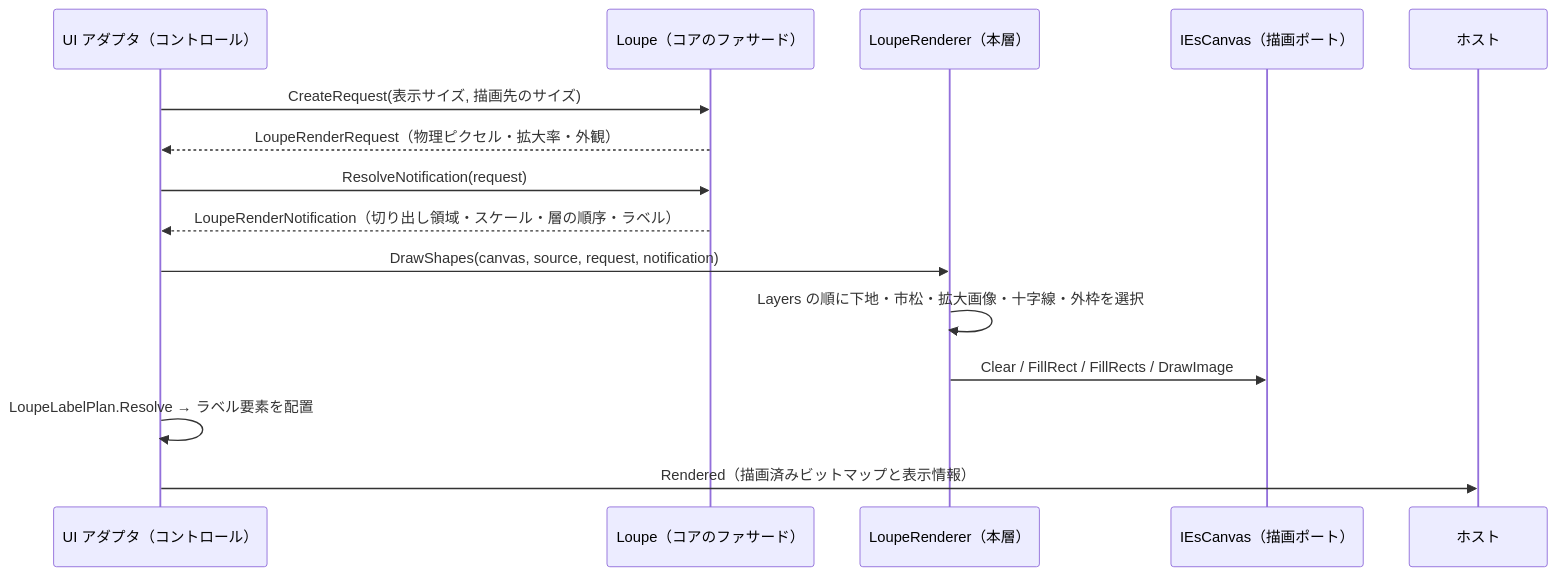
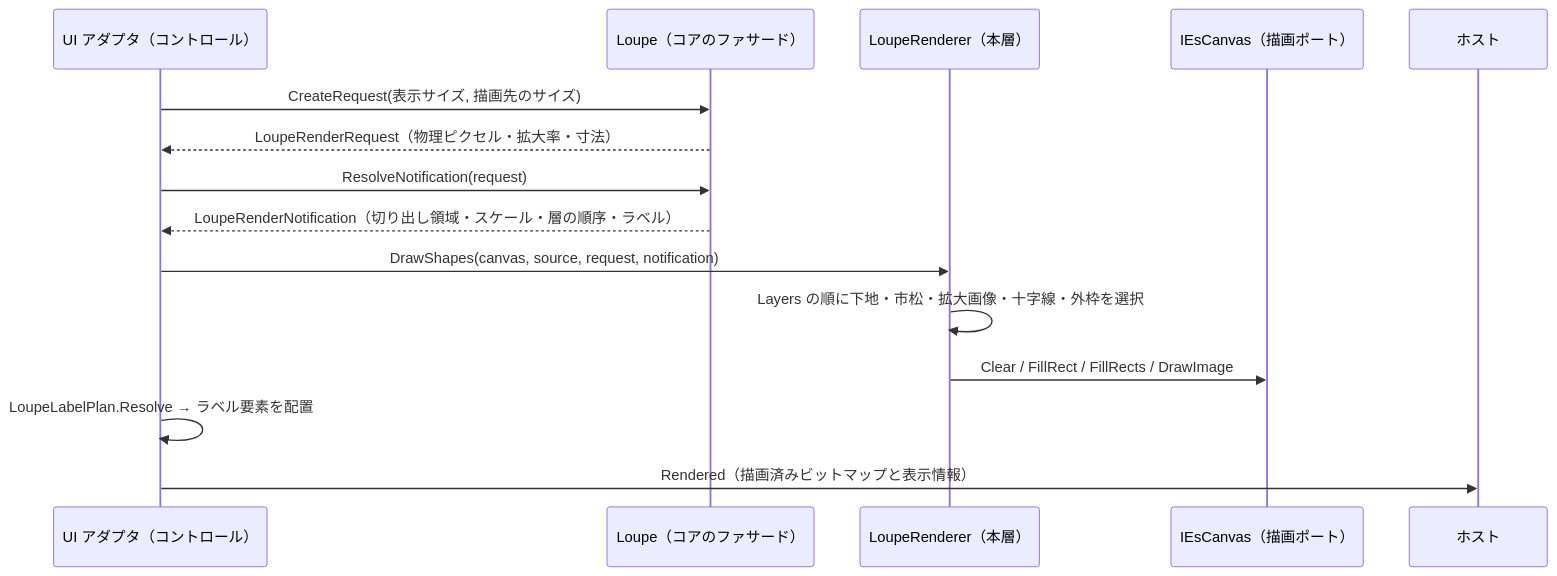
The first of 3 diagrams in src/LoupeControl.UIBase/SPEC_System.md (tomokuni/SaveEvidence), drawn with Mermaid before and after one commit. The commit also changed other lines of this file and 95 other files, not shown here.

````diff
--- a/src/LoupeControl.UIBase/SPEC_System.md
+++ b/src/LoupeControl.UIBase/SPEC_System.md
@@ -53,18 +53,18 @@
 ```mermaid
 sequenceDiagram
     participant UI as UI アダプタ（コントロール）
     participant L as Loupe（コアのファサード）
     participant R as LoupeRenderer（本層）
     participant C as IEsCanvas（描画ポート）
     participant H as ホスト
 
     UI->>L: CreateRequest(表示サイズ, 描画先のサイズ)
-    L-->>UI: LoupeRenderRequest（物理ピクセル・拡大率・外観）
+    L-->>UI: LoupeRenderRequest（物理ピクセル・拡大率・寸法）
     UI->>L: ResolveNotification(request)
     L-->>UI: LoupeRenderNotification（切り出し領域・スケール・層の順序・ラベル）
     UI->>R: DrawShapes(canvas, source, request, notification)
     R->>R: Layers の順に下地・市松・拡大画像・十字線・外枠を選択
     R->>C: Clear / FillRect / FillRects / DrawImage
     UI->>UI: LoupeLabelPlan.Resolve → ラベル要素を配置
     UI->>H: Rendered（描画済みビットマップと表示情報）
 ```
````
